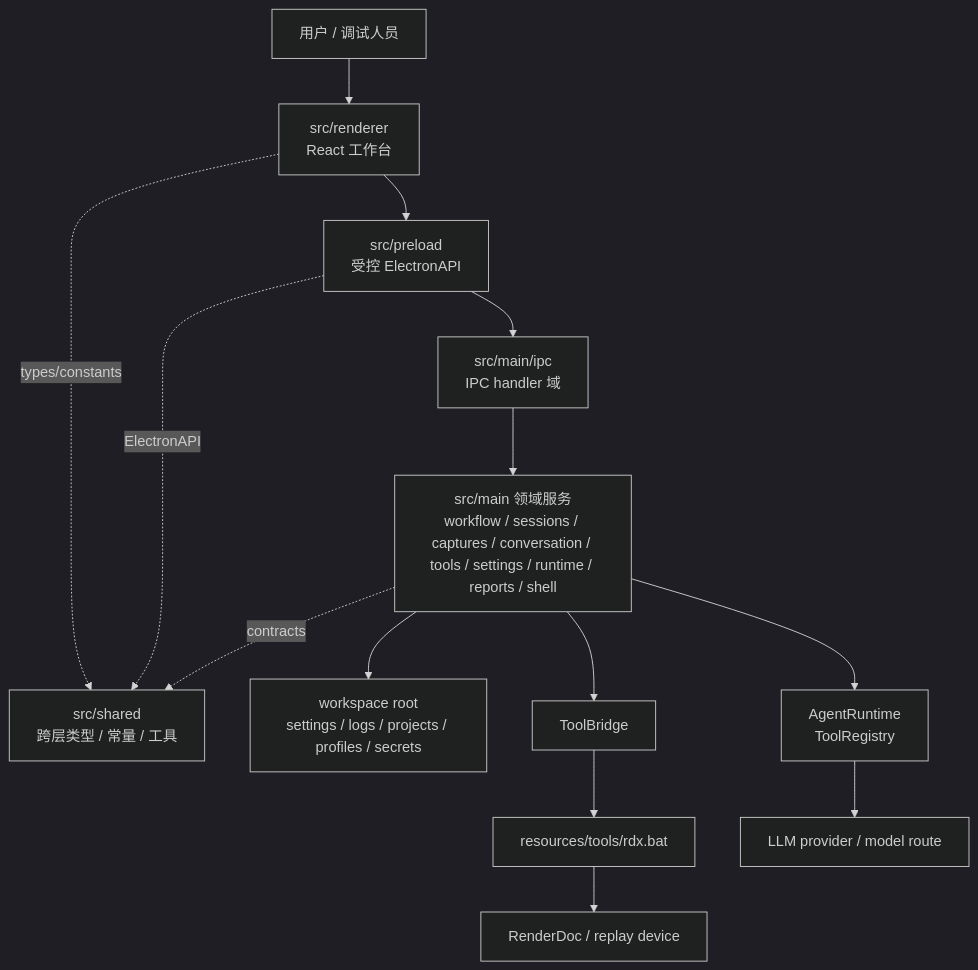
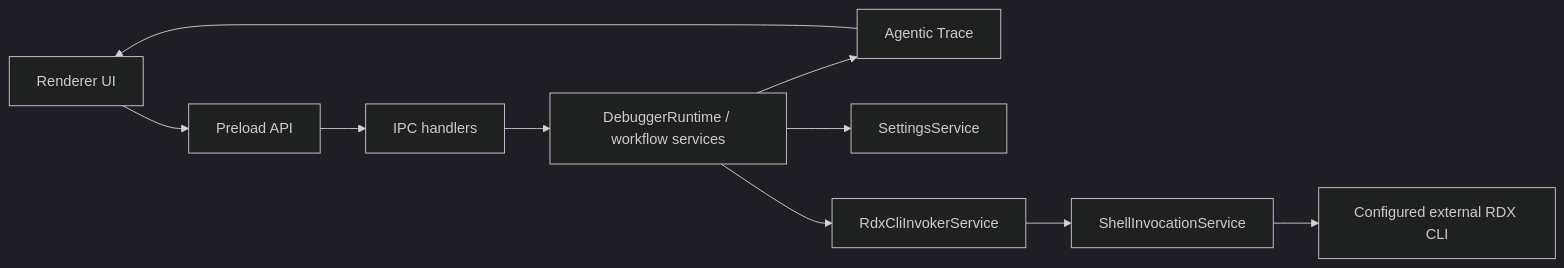
Before and after one commit to haolange/RDC-Agent: the diagram in docs/architecture/overview.md, drawn with Mermaid (dark theme). The commit also changed other lines of this file and 139 other files, not shown here.

First line of the commit message:
收敛 Provider Runtime、RDX CLI Invoker 与产品级验收链路

````diff
--- a/docs/architecture/overview.md
+++ b/docs/architecture/overview.md
@@ -7,29 +12,12 @@
 ```mermaid
-flowchart TB
-  User["用户 / 调试人员"]
-  Renderer["src/renderer<br/>React 工作台"]
-  Preload["src/preload<br/>受控 ElectronAPI"]
-  IPC["src/main/ipc<br/>IPC handler 域"]
-  MainDomains["src/main 领域服务<br/>workflow / sessions / captures / conversation / tools / settings / runtime / reports / shell"]
-  Shared["src/shared<br/>跨层类型 / 常量 / 工具"]
-  Workspace["workspace root<br/>settings / logs / projects / profiles / secrets"]
-  ToolBridge["ToolBridge"]
-  RdxBat["resources/tools/rdx.bat"]
-  RenderDoc["RenderDoc / replay device"]
-  AgentRuntime["AgentRuntime<br/>ToolRegistry"]
-  LLM["LLM provider / model route"]
-
-  User --> Renderer
-  Renderer --> Preload
-  Preload --> IPC
-  IPC --> MainDomains
-  Renderer -. "types/constants" .-> Shared
-  Preload -. "ElectronAPI" .-> Shared
-  MainDomains -. "contracts" .-> Shared
-  MainDomains --> Workspace
-  MainDomains --> AgentRuntime
-  AgentRuntime --> LLM
-  MainDomains --> ToolBridge
-  ToolBridge --> RdxBat
-  RdxBat --> RenderDoc
+flowchart LR
+  Renderer["Renderer UI"] --> Preload["Preload API"]
+  Preload --> IPC["IPC handlers"]
+  IPC --> Workflow["DebuggerRuntime / workflow services"]
+  Workflow --> Trace["Agentic Trace"]
+  Workflow --> Settings["SettingsService"]
+  Workflow --> Invoker["RdxCliInvokerService"]
+  Invoker --> Shell["ShellInvocationService"]
+  Shell --> CLI["Configured external RDX CLI"]
+  Trace --> Renderer
 ```
````
